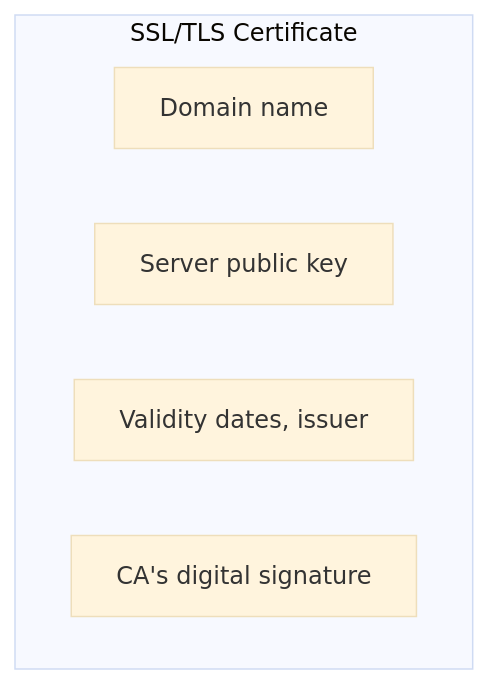
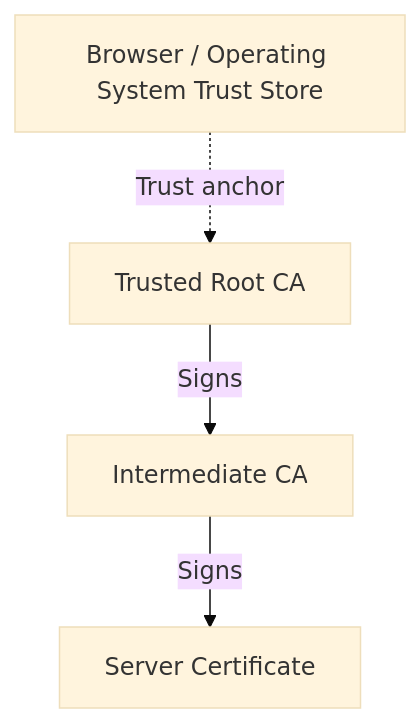
One commit to HARRISAMIN432/system-design-hld changed the eighth of 13 diagrams in 13_How_HTTPs_Works/README.md. Above: the diagram before and after it, drawn with Mermaid (base theme). The commit also changed other lines of this file and 11 other files, not shown here.

````diff
--- a/13_How_HTTPs_Works/README.md
+++ b/13_How_HTTPs_Works/README.md
@@ -172,9 +469,11 @@
 ```mermaid
 flowchart TD
-    subgraph CERT["SSL/TLS Certificate"]
-        D["Domain name"]
-        K["Server public key"]
-        V["Validity dates, issuer"]
-        SIG["CA's digital signature"]
-    end
+    R["Trusted Root CA"]
+    I["Intermediate CA"]
+    S["Server Certificate"]
+    
+    R -->|"Signs"| I
+    I -->|"Signs"| S
+    
+    T["Browser / Operating System Trust Store"] -. "Trust anchor" .-> R
 ```
````
